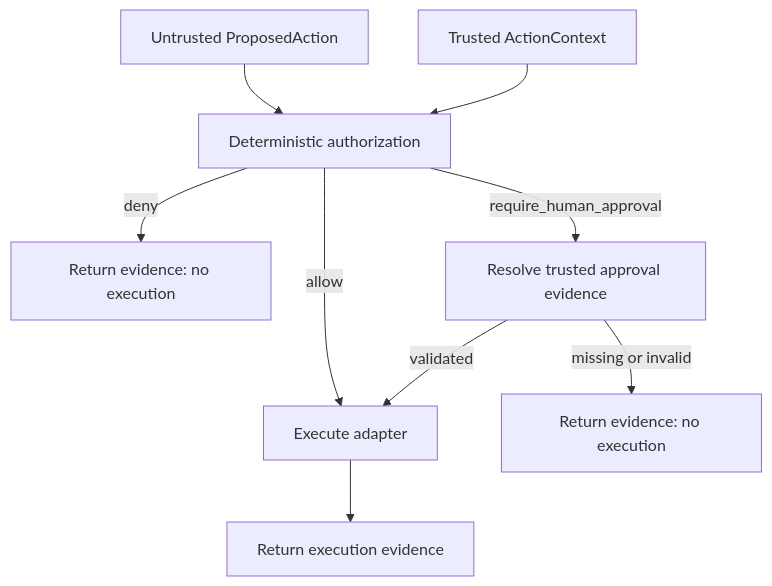
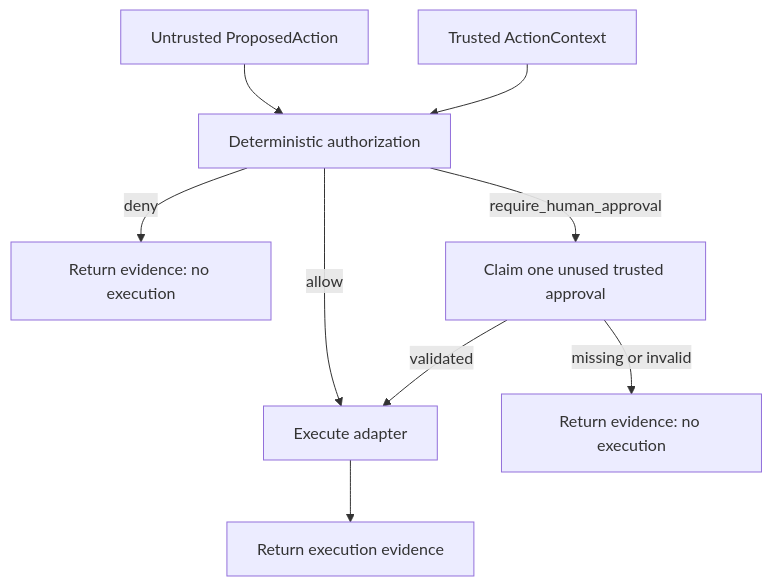
The diagram in docs/security/GOVERNED_AGENT_ACTIONS.md (brunovicco/agentic-security-framework-lab), drawn with Mermaid before and after one commit. The commit also changed other lines of this file, not shown here.

Commit message:
docs: document single-use approval anti-replay

````diff
--- a/docs/security/GOVERNED_AGENT_ACTIONS.md
+++ b/docs/security/GOVERNED_AGENT_ACTIONS.md
@@ -121,11 +133,11 @@
 ```mermaid
 flowchart TD
     P[Untrusted ProposedAction] --> A[Deterministic authorization]
     C[Trusted ActionContext] --> A
     A -->|deny| D[Return evidence: no execution]
     A -->|allow| X[Execute adapter]
-    A -->|require_human_approval| H[Resolve trusted approval evidence]
+    A -->|require_human_approval| H[Claim one unused trusted approval]
     H -->|missing or invalid| B[Return evidence: no execution]
     H -->|validated| X
     X --> E[Return execution evidence]
 ```
````
